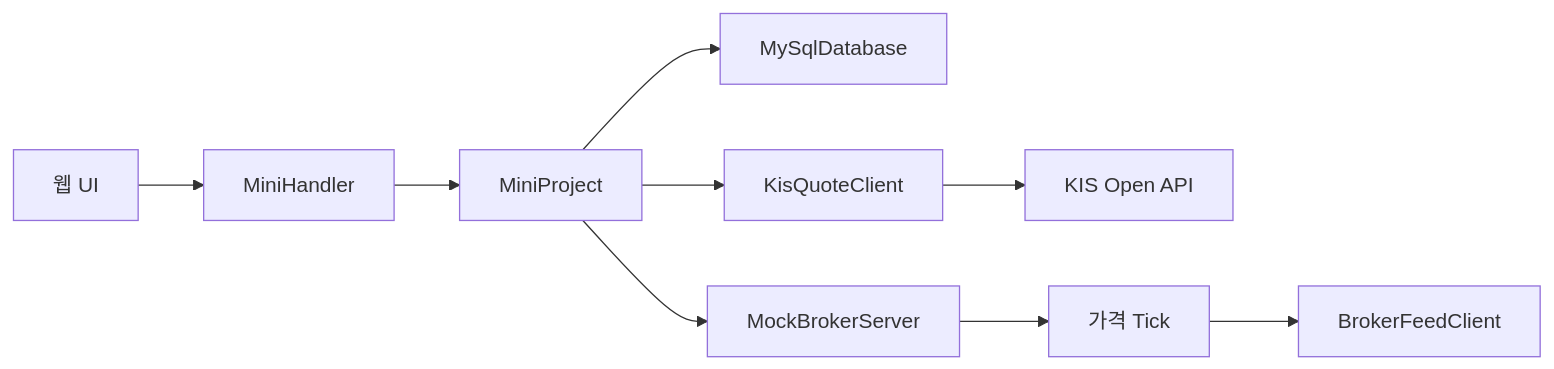
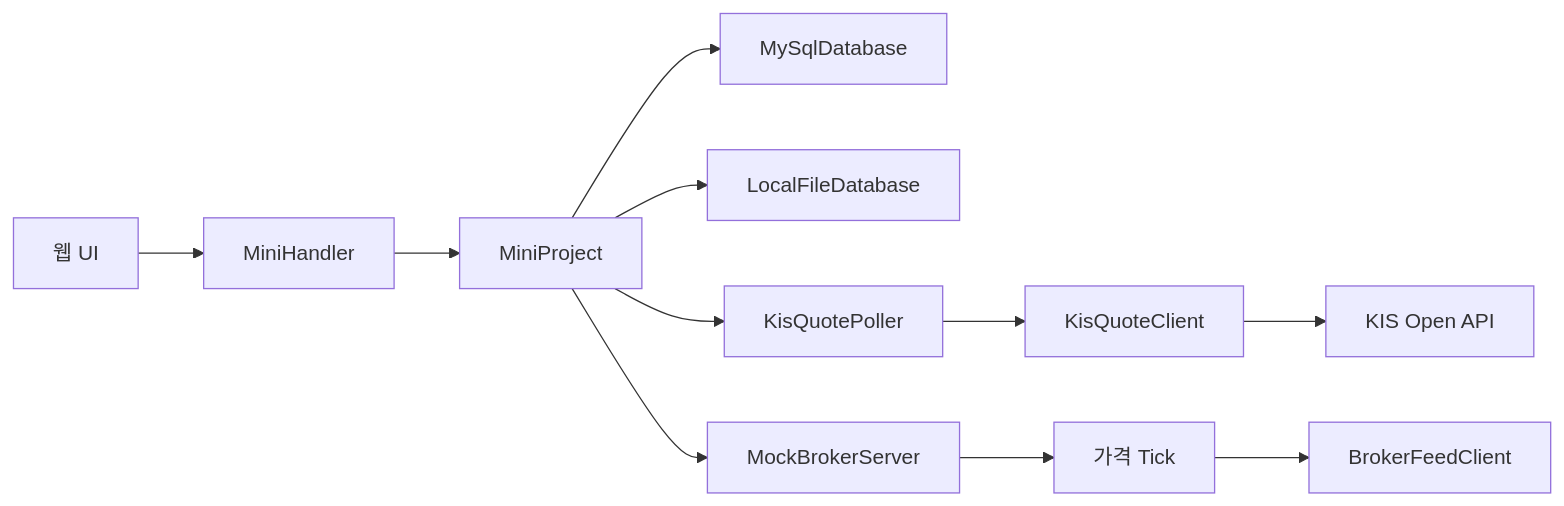
The diagram in docs/presentation-slides.md (osangmin51-spec/javaproject), drawn with Mermaid before and after one commit. The commit also changed other lines of this file and 12 other files, not shown here.

````diff
--- a/docs/presentation-slides.md
+++ b/docs/presentation-slides.md
@@ -45,11 +23,13 @@
 ```mermaid
 flowchart LR
     Browser["웹 UI"] --> Handler["MiniHandler"]
     Handler --> Project["MiniProject"]
-    Project --> DB["MySqlDatabase"]
-    Project --> KIS["KisQuoteClient"]
-    KIS --> API["KIS Open API"]
+    Project --> MySQL["MySqlDatabase"]
+    Project --> Local["LocalFileDatabase"]
+    Project --> Poller["KisQuotePoller"]
+    Poller --> Client["KisQuoteClient"]
+    Client --> KIS["KIS Open API"]
     Project --> Mock["MockBrokerServer"]
     Mock --> Tick["가격 Tick"]
-    Tick --> Client["BrokerFeedClient"]
+    Tick --> Feed["BrokerFeedClient"]
 ```
````
